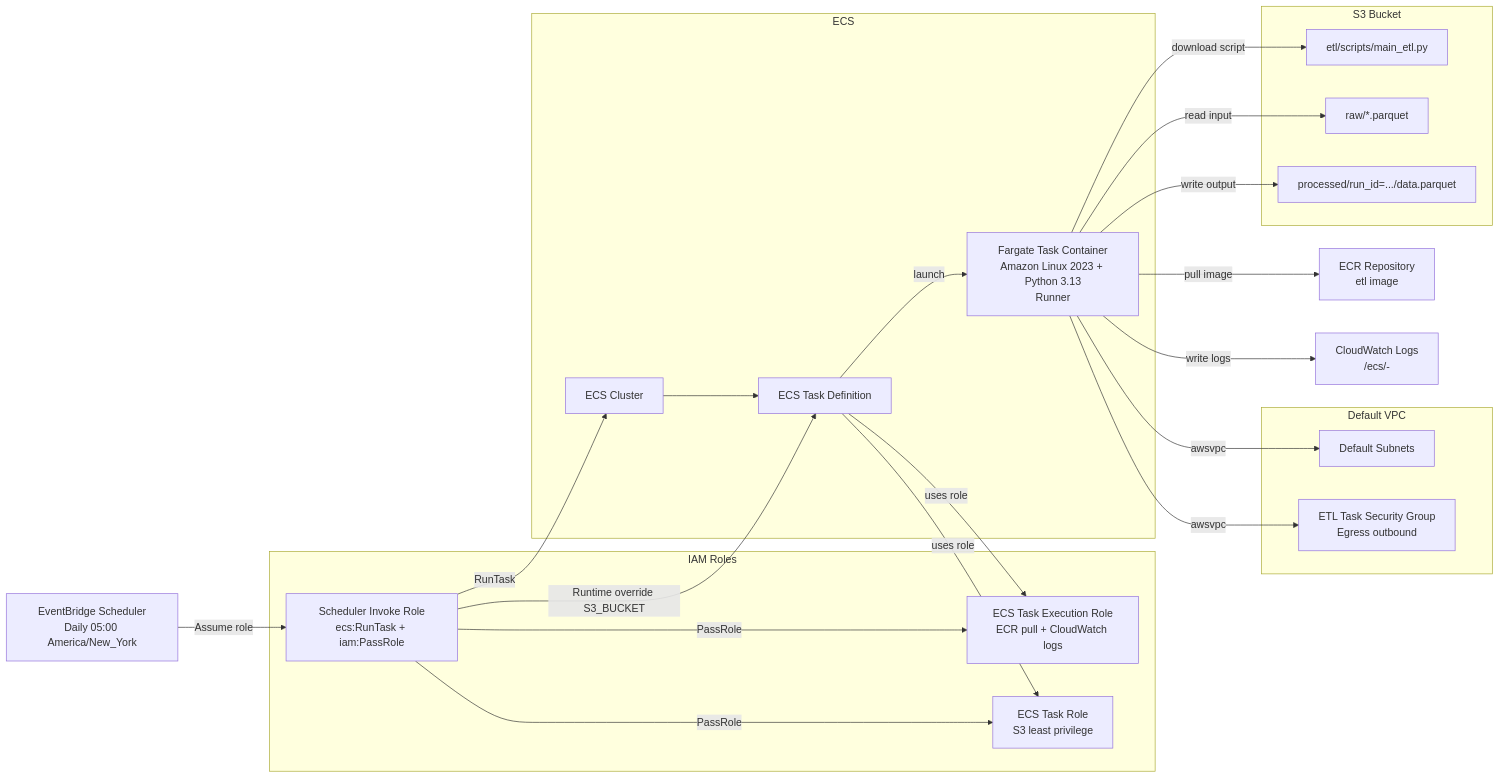
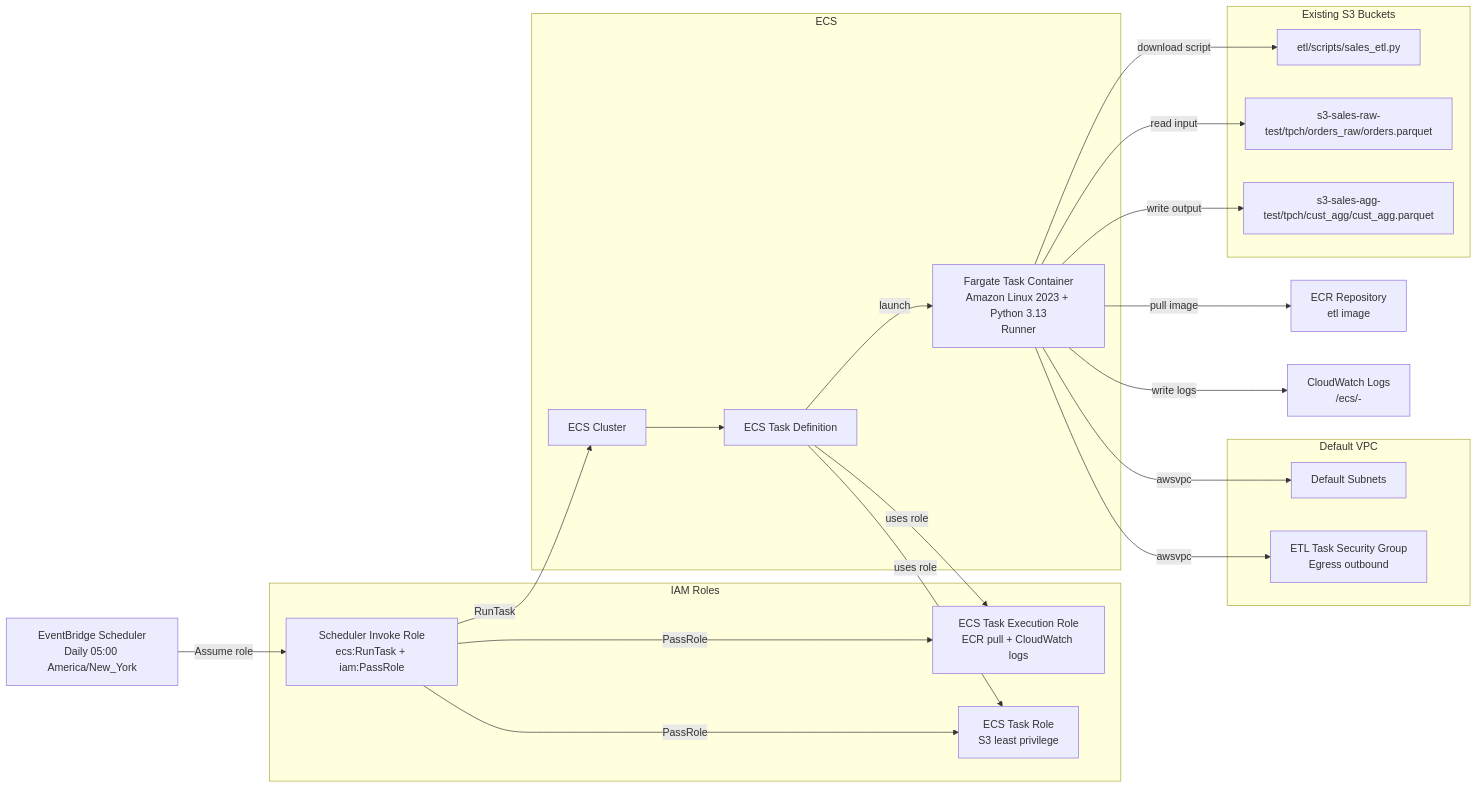
One commit to mattmartin14/dream_machine changed the diagram in substack/articles/2026.05.12-ecs_etl/README.md. Above: the diagram before and after it, drawn with Mermaid. The commit also changed other lines of this file and 25 other files, not shown here.

````diff
--- a/substack/articles/2026.05.12-ecs_etl/README.md
+++ b/substack/articles/2026.05.12-ecs_etl/README.md
@@ -43,50 +42,48 @@
 ```mermaid
 flowchart LR
   SCHED[EventBridge Scheduler\nDaily 05:00 America/New_York]
 
   subgraph IAM[IAM Roles]
     SR[Scheduler Invoke Role\necs:RunTask + iam:PassRole]
     ER[ECS Task Execution Role\nECR pull + CloudWatch logs]
     TR[ECS Task Role\nS3 least privilege]
   end
 
   subgraph NET[Default VPC]
     SUBNETS[Default Subnets]
     SG[ETL Task Security Group\nEgress outbound]
   end
 
   subgraph ECS[ECS]
     CLUSTER[ECS Cluster]
     TASKDEF[ECS Task Definition]
     FARGATE[Fargate Task Container\nAmazon Linux 2023 + Python 3.13\nRunner]
   end
 
   ECR[ECR Repository\netl image]
   LOGS[CloudWatch Logs\n/ecs/<project>-<env>]
 
-  subgraph S3[S3 Bucket]
-    SCRIPT[etl/scripts/main_etl.py]
-    RAW[raw/*.parquet]
-    PROC[processed/run_id=.../data.parquet]
+  subgraph S3[Existing S3 Buckets]
+    SCRIPT[etl/scripts/sales_etl.py]
+    RAW[s3-sales-raw-test/tpch/orders_raw/orders.parquet]
+    PROC[s3-sales-agg-test/tpch/cust_agg/cust_agg.parquet]
   end
 
   SCHED -->|Assume role| SR
   SR -->|RunTask| CLUSTER
   SR -->|PassRole| ER
   SR -->|PassRole| TR
-  SR -->|Runtime override S3_BUCKET| TASKDEF
-
   CLUSTER --> TASKDEF
   TASKDEF -->|uses role| ER
   TASKDEF -->|uses role| TR
   TASKDEF -->|launch| FARGATE
 
   FARGATE -->|awsvpc| SUBNETS
   FARGATE -->|awsvpc| SG
 
   FARGATE -->|pull image| ECR
   FARGATE -->|write logs| LOGS
   FARGATE -->|download script| SCRIPT
   FARGATE -->|read input| RAW
   FARGATE -->|write output| PROC
 ```
````
